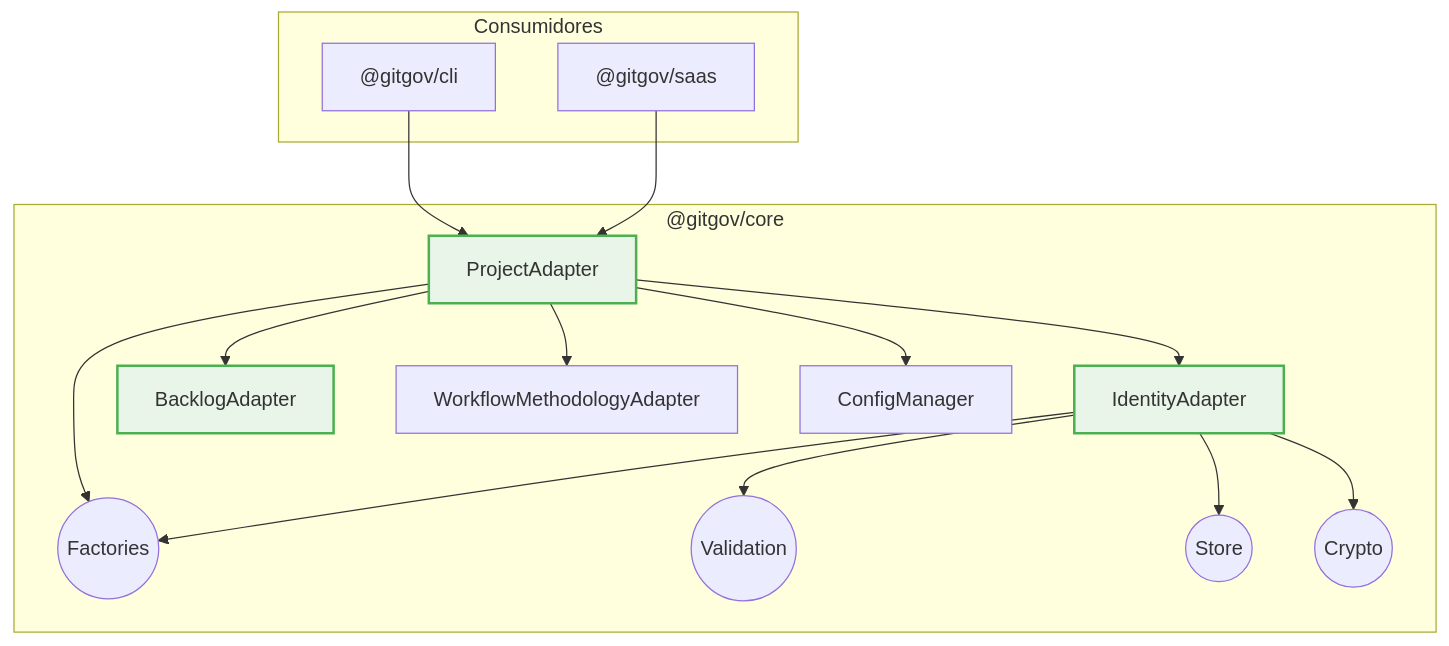
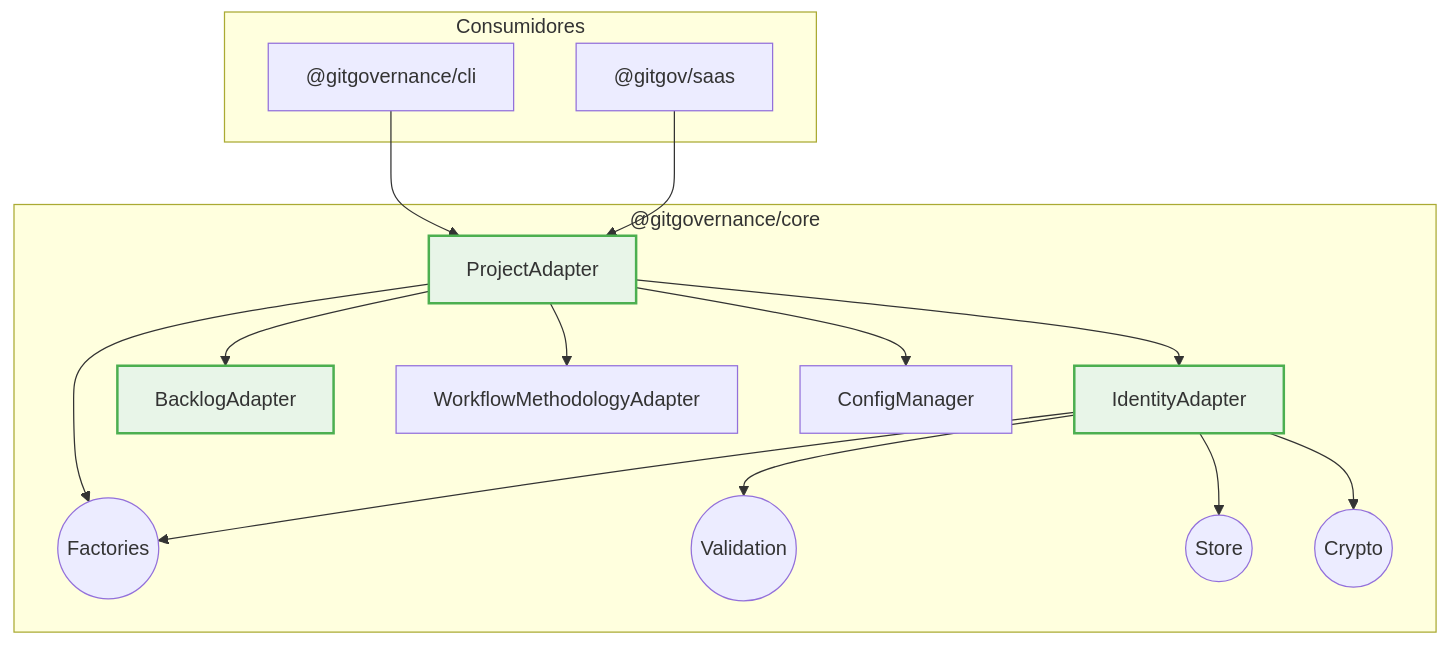
One commit to gitgovernance/monorepo changed the diagram in packages/core/README.md. Above: the diagram before and after it, drawn with Mermaid. The commit also changed other lines of this file and 10 other files, not shown here.

````diff
--- a/packages/core/README.md
+++ b/packages/core/README.md
@@ -155,26 +145,26 @@
 ```mermaid
 graph TD
-    subgraph "@gitgov/core"
+    subgraph "@gitgovernance/core"
         PA[ProjectAdapter] --> IA[IdentityAdapter];
         PA --> BA[BacklogAdapter];
         PA --> WMA[WorkflowMethodologyAdapter];
         PA --> CM[ConfigManager];
         PA --> F((Factories));
         IA --> F;
         IA --> V((Validation));
         IA --> S((Store));
         IA --> CR((Crypto));
     end
 
     subgraph "Consumidores"
-        CLI["@gitgov/cli"]
+        CLI["@gitgovernance/cli"]
         SAAS["@gitgov/saas"]
     end
 
     CLI --> PA;
     SAAS --> PA;
 
     style PA fill:#e8f5e8,stroke:#4caf50,stroke-width:2px
     style IA fill:#e8f5e8,stroke:#4caf50,stroke-width:2px
     style BA fill:#e8f5e8,stroke:#4caf50,stroke-width:2px
 ```
````
